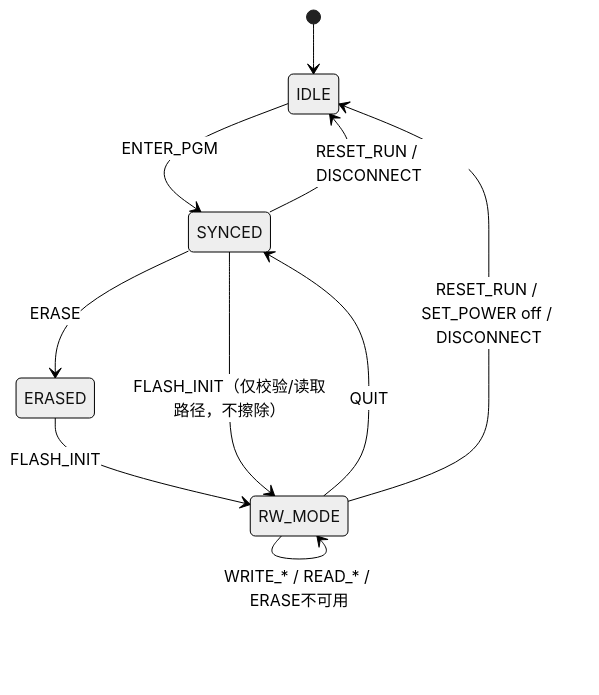
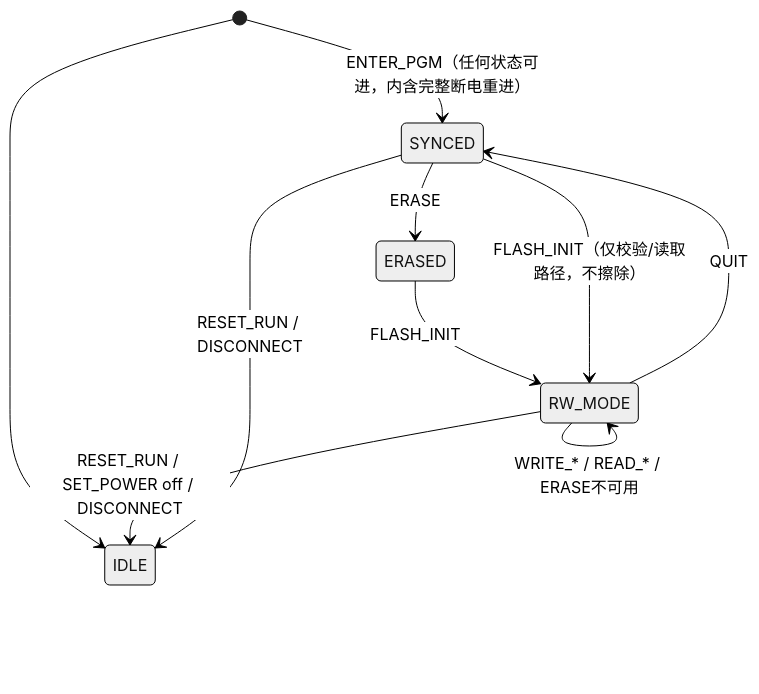
Before and after one commit to EPCN-fla/F2MC-8FX-Programmer: the second of 2 diagrams in docs/上位机使用说明.md, drawn with Mermaid (neutral theme). The commit also changed other lines of this file and 2 other files, not shown here.

````diff
--- a/docs/上位机使用说明.md
+++ b/docs/上位机使用说明.md
@@ -130,12 +131,12 @@
 ```mermaid
 stateDiagram-v2
     [*] --> IDLE
-    IDLE --> SYNCED : ENTER_PGM
+    [*] --> SYNCED : ENTER_PGM（任何状态可进，内含完整断电重进）
     SYNCED --> ERASED : ERASE
     ERASED --> RW_MODE : FLASH_INIT
     SYNCED --> RW_MODE : FLASH_INIT（仅校验/读取路径，不擦除）
     RW_MODE --> RW_MODE : WRITE_* / READ_* / ERASE不可用
     RW_MODE --> SYNCED : QUIT
     RW_MODE --> IDLE : RESET_RUN / SET_POWER off / DISCONNECT
     SYNCED --> IDLE : RESET_RUN / DISCONNECT
 ```
````
